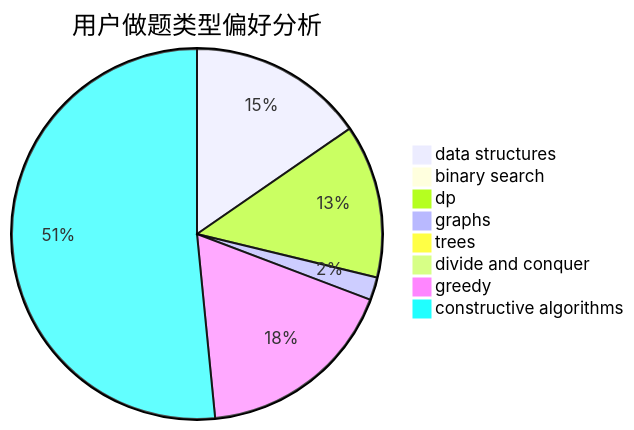
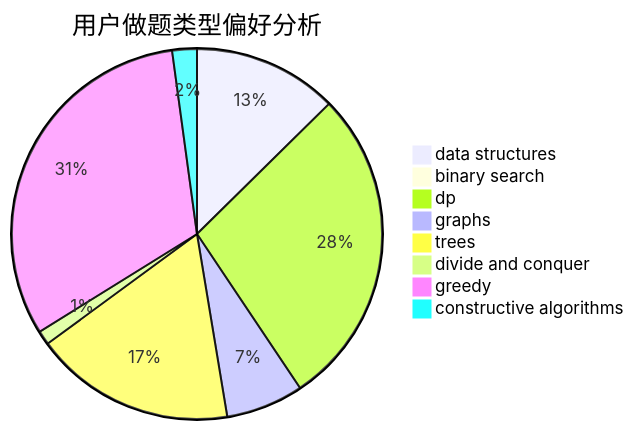
The second of 3 diagrams in docs/user/u1850.md (sherpahu/cfrs.github.io), drawn with Mermaid before and after one commit. The commit also changed other lines of this file and 2770 other files, not shown here.

````diff
--- a/docs/user/u1850.md
+++ b/docs/user/u1850.md
@@ -23,11 +23,11 @@
 ```mermaid
 pie title 用户做题类型偏好分析
-    "data structures" :  54
-    "binary search" :  1
-    "dp" :  47
-    "graphs" :  7
-    "trees" :  0
-    "divide and conquer" :  0
-    "greedy" :  62
-    "constructive algorithms" :  181
+    "data structures" :  41
+    "binary search" :  2
+    "dp" :  91
+    "graphs" :  22
+    "trees" :  57
+    "divide and conquer" :  4
+    "greedy" :  103
+    "constructive algorithms" :  7
 ```
````
